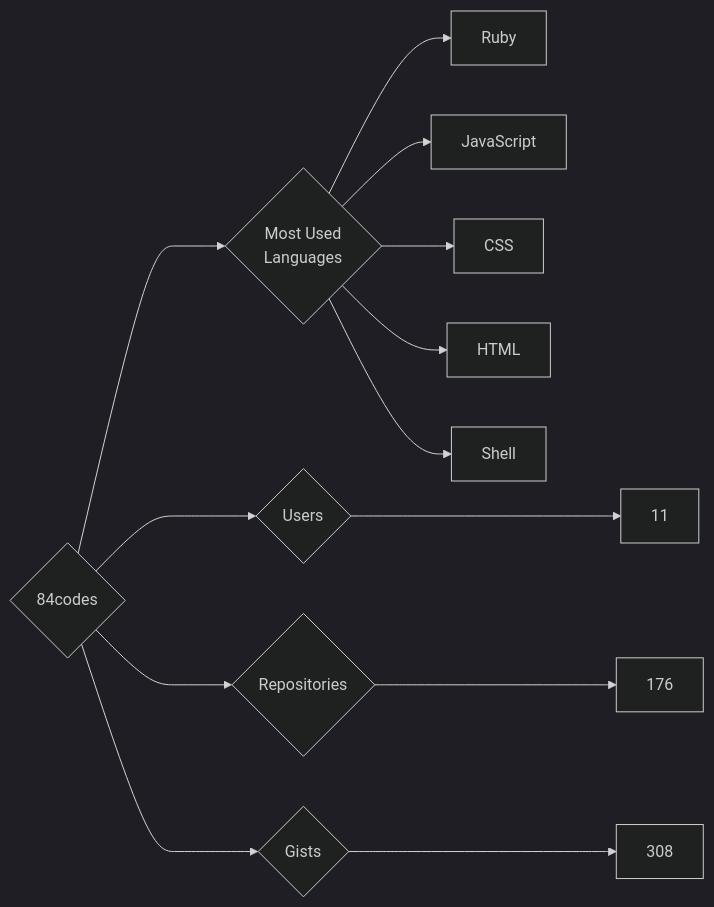
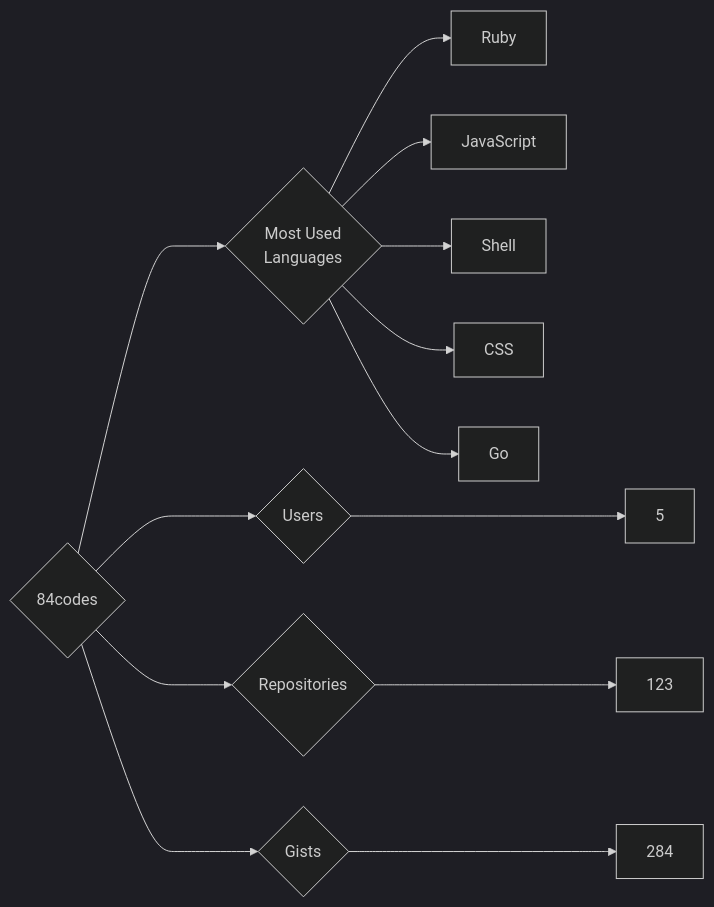
One commit to trickest/insiders changed the diagram in targets/84codes/README.md. Above: the diagram before and after it, drawn with Mermaid (dark theme). The commit also changed 693 other files, not shown here.

````diff
--- a/targets/84codes/README.md
+++ b/targets/84codes/README.md
@@ -3,13 +3,13 @@
 ```mermaid
 graph LR
 COMPANY_NAME{84codes}
-COMPANY_NAME ---> U{Users} ---> UN[11]
-COMPANY_NAME ---> R{Repositories} ---> RN[176]
-COMPANY_NAME ---> G{Gists} ---> GN[308]
+COMPANY_NAME ---> U{Users} ---> UN[5]
+COMPANY_NAME ---> R{Repositories} ---> RN[123]
+COMPANY_NAME ---> G{Gists} ---> GN[284]
 COMPANY_NAME ---> ML{Most Used<br>Languages}
 ML --> Ruby[Ruby]
 ML --> JavaScript[JavaScript]
+ML --> Shell[Shell]
 ML --> CSS[CSS]
-ML --> HTML[HTML]
-ML --> Shell[Shell]
+ML --> Go[Go]
 ```
````
